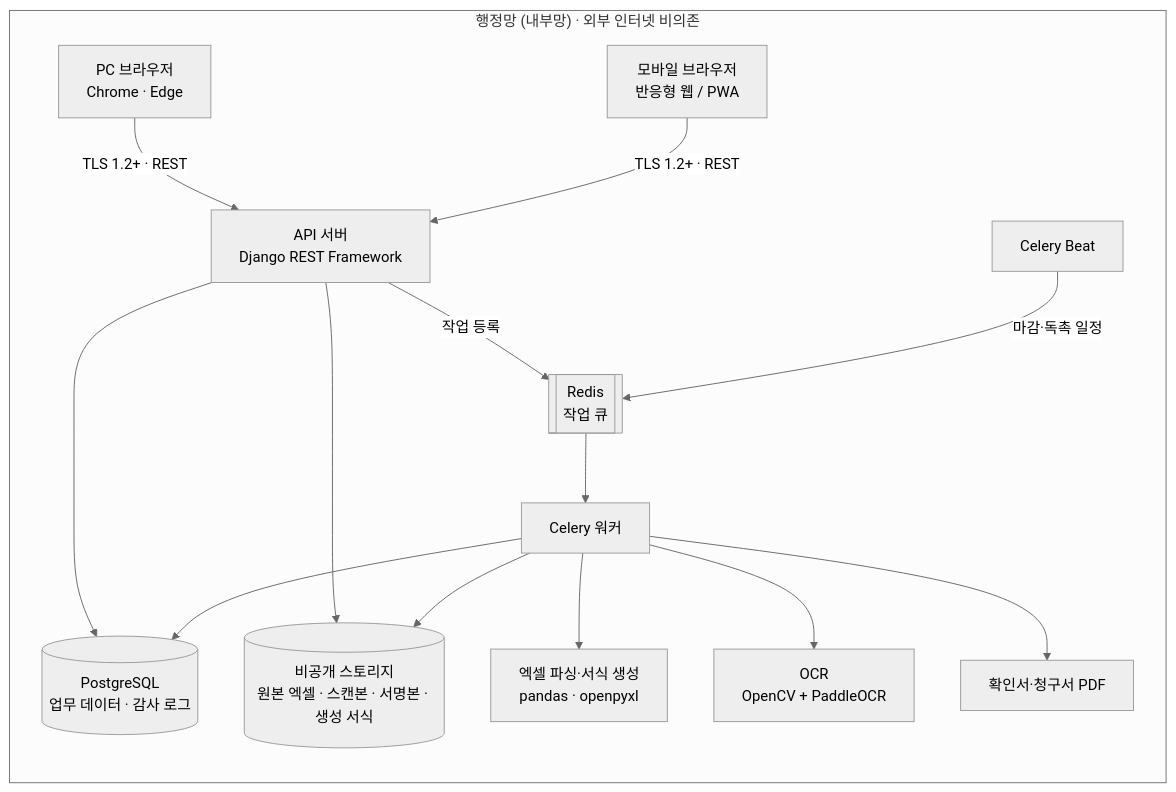
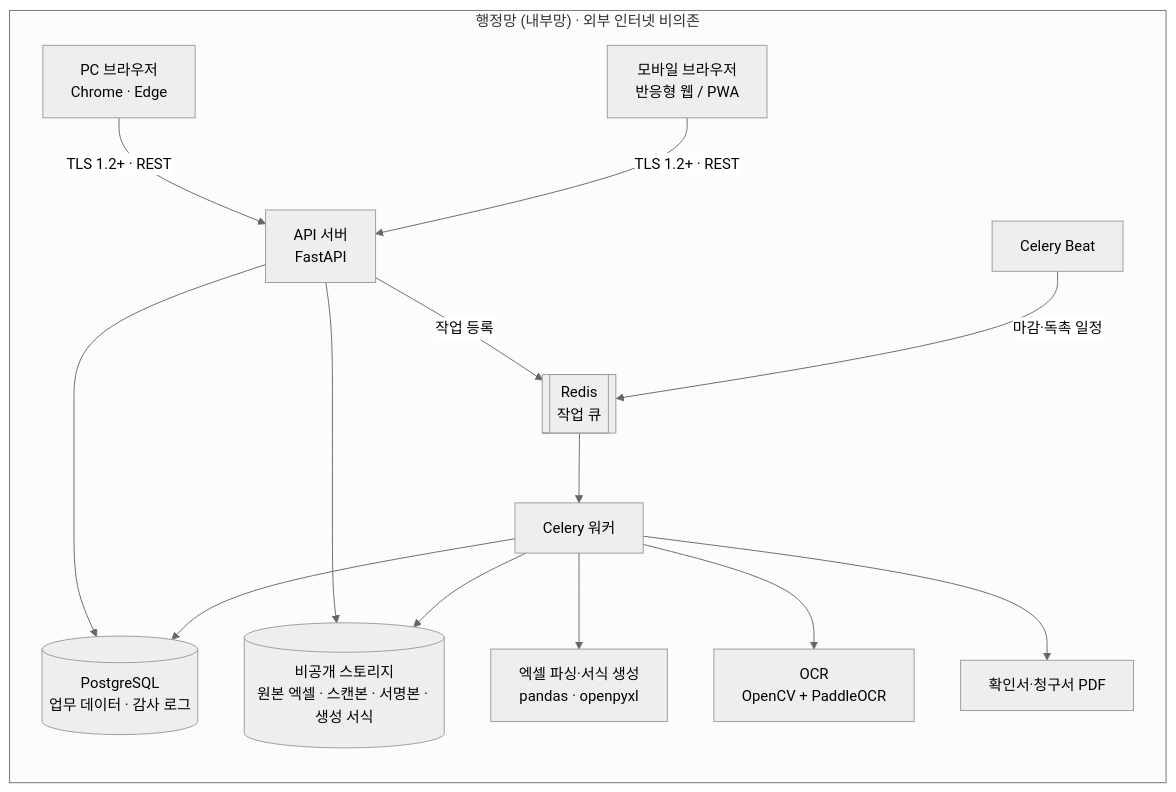
Before and after one commit to YC-CapstoneDesign-5/.github: the third of 15 diagrams in docs/ARCHITECTURE.md, drawn with Mermaid (neutral theme). The commit also changed other lines of this file and 2 other files, not shown here.

Commit message:
docs: 백엔드 스택을 Django REST Framework에서 FastAPI로 변경
## 변경 이유
- Back 레포는 FastAPI + SQLAlchemy로 구현 중이며 이 스택을 유지하기로 결정함.
- 문서가 Django 기준(manage.py, celery -A config)이라 실제 실행 방법과 달랐음.

## 변경 내용
- ARCHITECTURE: 시스템 구성도 API 서버와 10장 기술 스택 표를 FastAPI + SQLAlchemy 2 (Alembic)로 수정.
- CONTRIBUTING: 백엔드 로컬 실행을 uv·alembic·uvicorn 기준으로, Celery 앱 경로를 app.worker로 수정.
- profile/README: 기술 스택 요약 수정.

````diff
--- a/docs/ARCHITECTURE.md
+++ b/docs/ARCHITECTURE.md
@@ -160,17 +160,17 @@
 ```mermaid
 flowchart LR
     subgraph NET["행정망 (내부망) · 외부 인터넷 비의존"]
         PC["PC 브라우저<br>Chrome · Edge"] -->|TLS 1.2+ · REST| API
         MOB["모바일 브라우저<br>반응형 웹 / PWA"] -->|TLS 1.2+ · REST| API
-        API["API 서버<br>Django REST Framework"] --> DB[("PostgreSQL<br>업무 데이터 · 감사 로그")]
+        API["API 서버<br>FastAPI"] --> DB[("PostgreSQL<br>업무 데이터 · 감사 로그")]
         API --> ST[("비공개 스토리지<br>원본 엑셀 · 스캔본 · 서명본 · 생성 서식")]
         API -->|작업 등록| Q[["Redis<br>작업 큐"]]
         Q --> W["Celery 워커"]
         W --> XLW["엑셀 파싱·서식 생성<br>pandas · openpyxl"]
         W --> OCRW["OCR<br>OpenCV + PaddleOCR"]
         W --> PDF["확인서·청구서 PDF"]
         W --> DB
         W --> ST
         BEAT["Celery Beat"] -->|마감·독촉 일정| Q
     end
 ```
````
